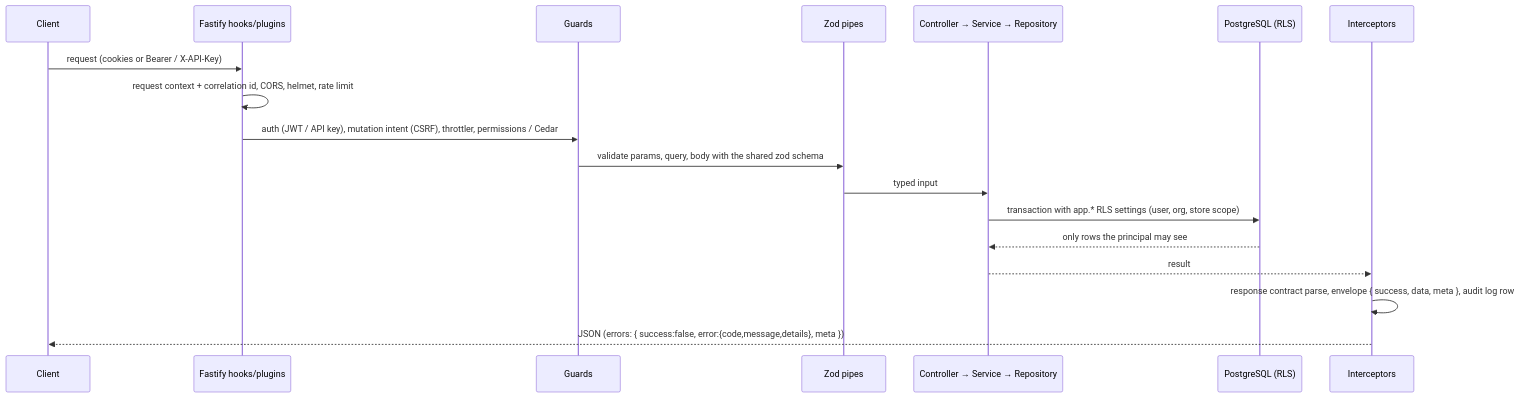
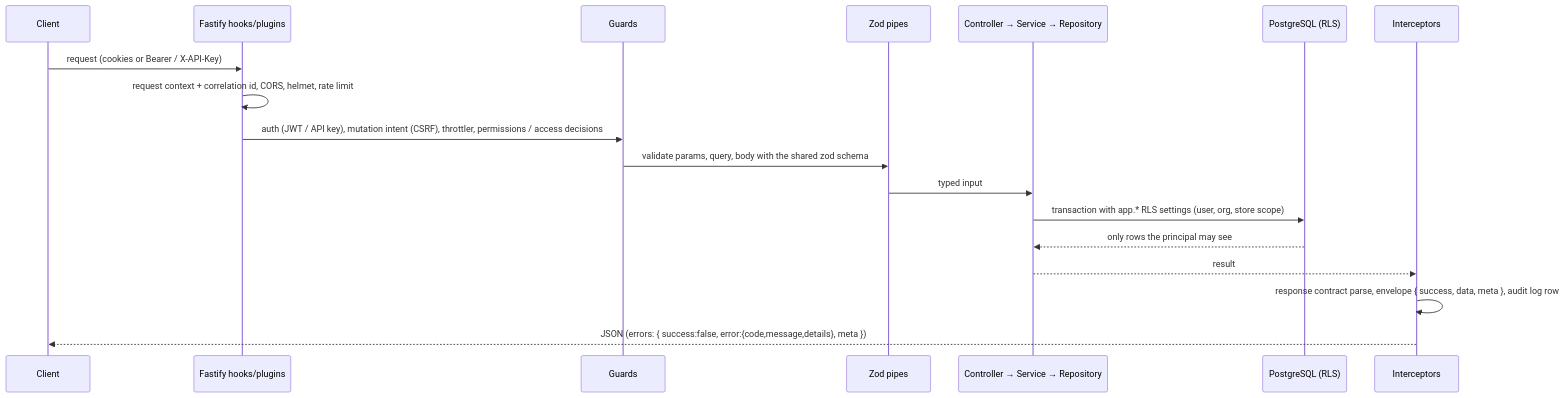
Before and after one commit to patelzz007/nestjs-nextjs-turborepo-starter-kit: the third of 3 diagrams in docs/technical/architecture.md, drawn with Mermaid. The commit also changed other lines of this file and 685 other files, not shown here.

````diff
--- a/docs/technical/architecture.md
+++ b/docs/technical/architecture.md
@@ -89,20 +89,20 @@
 ```mermaid
 sequenceDiagram
     participant C as Client
     participant F as Fastify hooks/plugins
     participant G as Guards
     participant P as Zod pipes
     participant H as Controller → Service → Repository
     participant DB as PostgreSQL (RLS)
     participant I as Interceptors
     C->>F: request (cookies or Bearer / X-API-Key)
     F->>F: request context + correlation id, CORS, helmet, rate limit
-    F->>G: auth (JWT / API key), mutation intent (CSRF), throttler, permissions / Cedar
+    F->>G: auth (JWT / API key), mutation intent (CSRF), throttler, permissions / access decisions
     G->>P: validate params, query, body with the shared zod schema
     P->>H: typed input
     H->>DB: transaction with app.* RLS settings (user, org, store scope)
     DB-->>H: only rows the principal may see
     H-->>I: result
     I->>I: response contract parse, envelope { success, data, meta }, audit log row
     I-->>C: JSON (errors: { success:false, error:{code,message,details}, meta })
 ```
````
